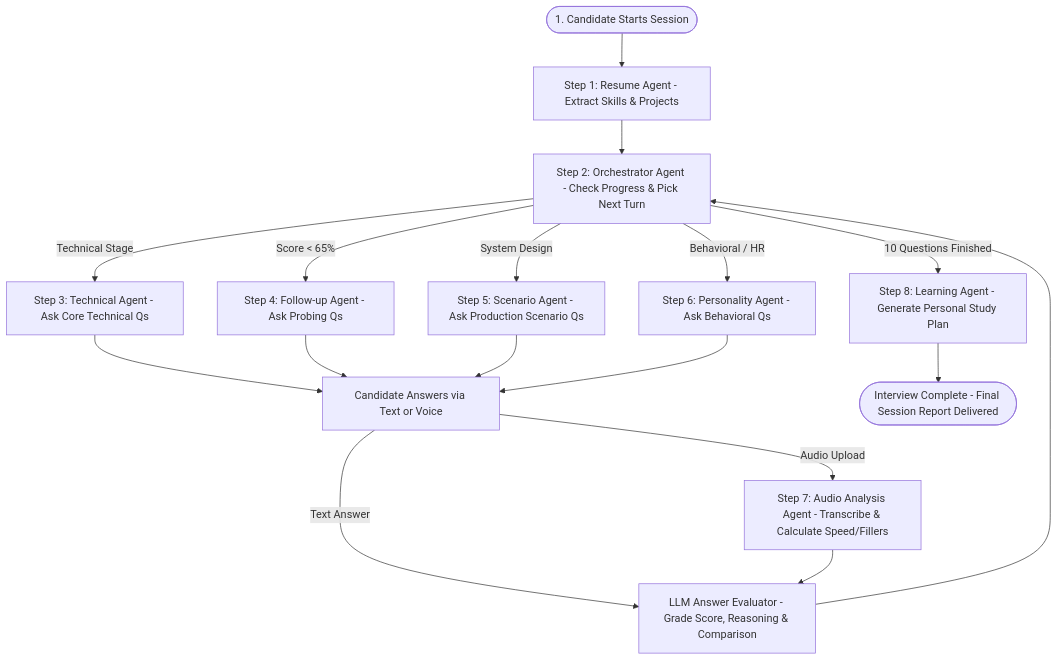
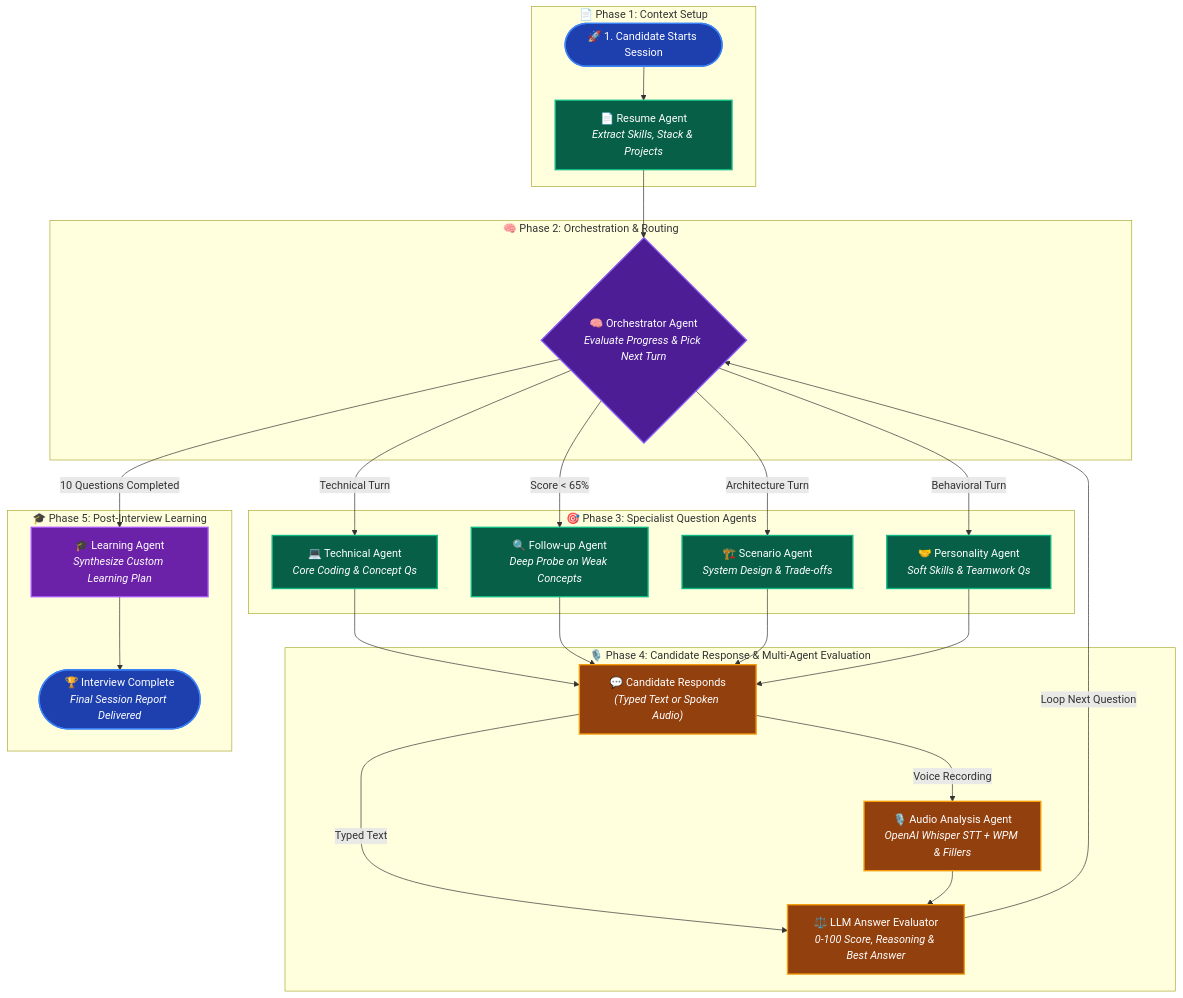
One commit to ShubhamPandey020525/Interview_Coach changed the diagram in README.md. Above: the diagram before and after it, drawn with Mermaid.

Commit message:
docs: style Mermaid flowchart with modern theme, subgraphs, icons, and custom color classes

````diff
--- a/README.md
+++ b/README.md
@@ -47,21 +47,44 @@
 ```mermaid
 flowchart TD
-    Start([1. Candidate Starts Session]) --> Resume[Step 1: Resume Agent - Extract Skills & Projects]
-    Resume --> Orch[Step 2: Orchestrator Agent - Check Progress & Pick Next Turn]
-    
-    Orch -->|Technical Stage| Tech[Step 3: Technical Agent - Ask Core Technical Qs]
-    Orch -->|Score < 65%| Followup[Step 4: Follow-up Agent - Ask Probing Qs]
-    Orch -->|System Design| Scenario[Step 5: Scenario Agent - Ask Production Scenario Qs]
-    Orch -->|Behavioral / HR| Personality[Step 6: Personality Agent - Ask Behavioral Qs]
-    
-    Tech & Followup & Scenario & Personality --> CandidateAnswer[Candidate Answers via Text or Voice]
-    
-    CandidateAnswer -->|Audio Upload| AudioAgent[Step 7: Audio Analysis Agent - Transcribe & Calculate Speed/Fillers]
-    CandidateAnswer -->|Text Answer| LLMEval[LLM Answer Evaluator - Grade Score, Reasoning & Comparison]
-    
-    AudioAgent --> LLMEval
-    LLMEval --> Orch
-    
-    Orch -->|10 Questions Finished| Learning[Step 8: Learning Agent - Generate Personal Study Plan]
-    Learning --> Complete([Interview Complete - Final Session Report Delivered])
+    subgraph Phase1["📄 Phase 1: Context Setup"]
+        Start(["🚀 1. Candidate Starts Session"]) --> Resume["📄 Resume Agent<br><i>Extract Skills, Stack & Projects</i>"]
+    end
+
+    subgraph Phase2["🧠 Phase 2: Orchestration & Routing"]
+        Resume --> Orch{"🧠 Orchestrator Agent<br><i>Evaluate Progress & Pick Next Turn</i>"}
+    end
+
+    subgraph Phase3["🎯 Phase 3: Specialist Question Agents"]
+        Orch -->|"Technical Turn"| Tech["💻 Technical Agent<br><i>Core Coding & Concept Qs</i>"]
+        Orch -->|"Score < 65%"| Followup["🔍 Follow-up Agent<br><i>Deep Probe on Weak Concepts</i>"]
+        Orch -->|"Architecture Turn"| Scenario["🏗️ Scenario Agent<br><i>System Design & Trade-offs</i>"]
+        Orch -->|"Behavioral Turn"| Personality["🤝 Personality Agent<br><i>Soft Skills & Teamwork Qs</i>"]
+    end
+
+    subgraph Phase4["🎙️ Phase 4: Candidate Response & Multi-Agent Evaluation"]
+        Tech & Followup & Scenario & Personality --> CandidateAnswer["💬 Candidate Responds<br><i>(Typed Text or Spoken Audio)</i>"]
+        CandidateAnswer -->|"Voice Recording"| AudioAgent["🎙️ Audio Analysis Agent<br><i>OpenAI Whisper STT + WPM & Fillers</i>"]
+        CandidateAnswer -->|"Typed Text"| LLMEval["⚖️ LLM Answer Evaluator<br><i>0-100 Score, Reasoning & Best Answer</i>"]
+        AudioAgent --> LLMEval
+    end
+
+    subgraph Phase5["🎓 Phase 5: Post-Interview Learning"]
+        Orch -->|"10 Questions Completed"| Learning["🎓 Learning Agent<br><i>Synthesize Custom Learning Plan</i>"]
+        Learning --> Complete(["🏆 Interview Complete<br><i>Final Session Report Delivered</i>"])
+    end
+
+    LLMEval -->|"Loop Next Question"| Orch
+
+    %% Modern Theme Styling
+    classDef startStyle fill:#1e40af,stroke:#3b82f6,stroke-width:2px,color:#ffffff;
+    classDef orchStyle fill:#4c1d95,stroke:#8b5cf6,stroke-width:2px,color:#ffffff;
+    classDef agentStyle fill:#065f46,stroke:#10b981,stroke-width:2px,color:#ffffff;
+    classDef evalStyle fill:#92400e,stroke:#f59e0b,stroke-width:2px,color:#ffffff;
+    classDef learnStyle fill:#6b21a8,stroke:#a855f7,stroke-width:2px,color:#ffffff;
+
+    class Start,Complete startStyle;
+    class Orch orchStyle;
+    class Resume,Tech,Followup,Scenario,Personality agentStyle;
+    class CandidateAnswer,AudioAgent,LLMEval evalStyle;
+    class Learning learnStyle;
 ```
````
